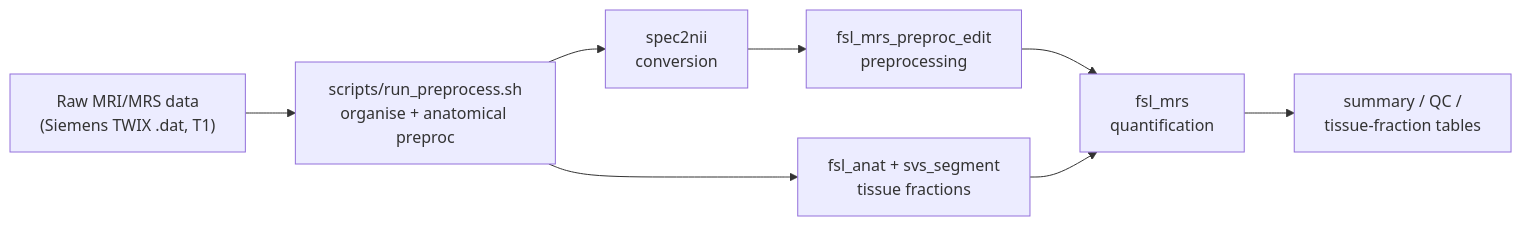
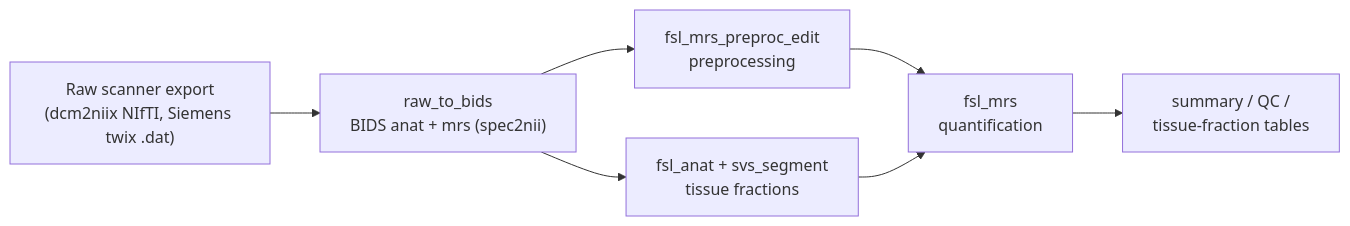
The diagram in README.md (julienfars/mrs_amblyopia_analysis), drawn with Mermaid before and after one commit. The commit also changed other lines of this file and 12 other files, not shown here.

````diff
--- a/README.md
+++ b/README.md
@@ -105,13 +101,12 @@
 ```mermaid
 flowchart LR
-    Raw["Raw MRI/MRS data\n(Siemens TWIX .dat, T1)"]
-    Bash["scripts/run_preprocess.sh\norganise + anatomical preproc"]
-    Conv["spec2nii\nconversion"]
+    Raw["Raw scanner export\n(dcm2niix NIfTI, Siemens twix .dat)"]
+    Bids["raw_to_bids\nBIDS anat + mrs (spec2nii)"]
     Pre["fsl_mrs_preproc_edit\npreprocessing"]
     Seg["fsl_anat + svs_segment\ntissue fractions"]
     Fit["fsl_mrs\nquantification"]
     Agg["summary / QC /\ntissue-fraction tables"]
 
-    Raw --> Bash --> Conv --> Pre --> Fit --> Agg
-    Bash --> Seg --> Fit
+    Raw --> Bids --> Pre --> Fit --> Agg
+    Bids --> Seg --> Fit
 ```
````
